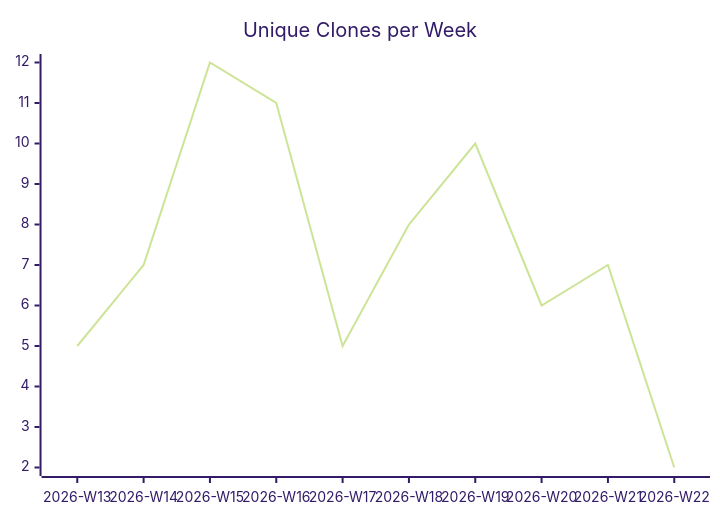
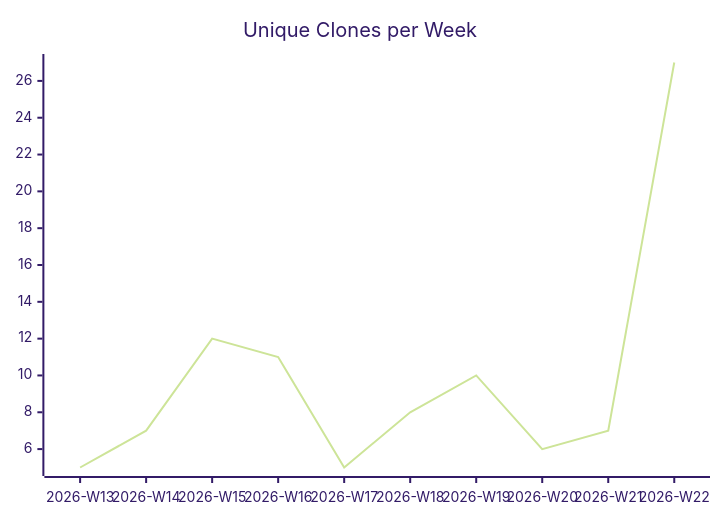
The third of 3 diagrams in karlmdavis/fhir-benchmarks/README.md (justdavis-family/github-analytics-data), drawn with Mermaid (forest theme) before and after one commit. The commit also changed other lines of this file and 189 other files, not shown here.

````diff
--- a/karlmdavis/fhir-benchmarks/README.md
+++ b/karlmdavis/fhir-benchmarks/README.md
@@ -19,6 +19,6 @@
 ```mermaid
 xychart-beta
   title "Unique Clones per Week"
   x-axis ["2026-W13", "2026-W14", "2026-W15", "2026-W16", "2026-W17", "2026-W18", "2026-W19", "2026-W20", "2026-W21", "2026-W22"]
-  line [5, 7, 12, 11, 5, 8, 10, 6, 7, 2]
+  line [5, 7, 12, 11, 5, 8, 10, 6, 7, 27]
 ```
````
